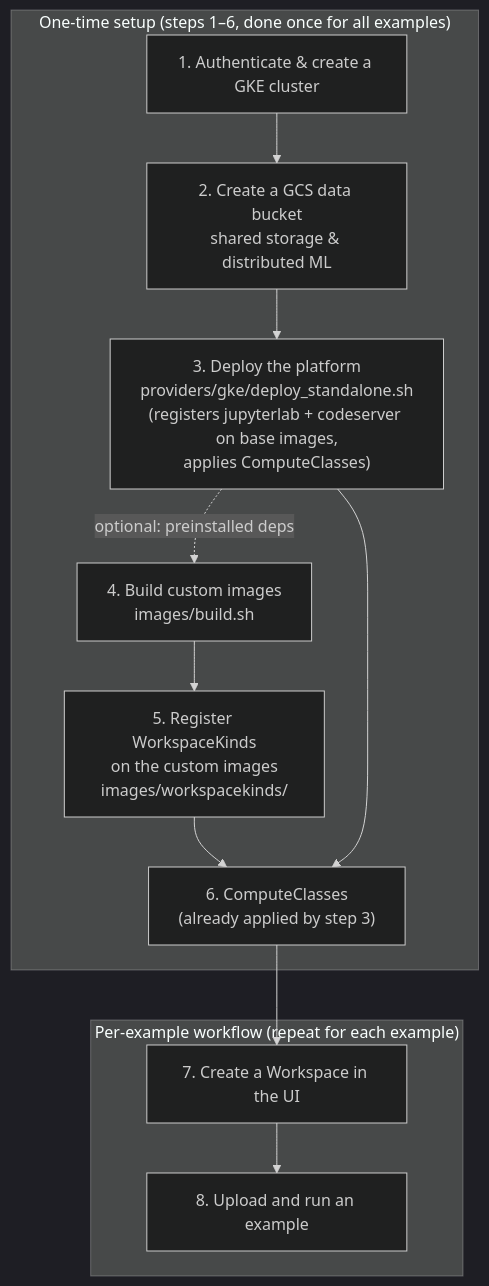
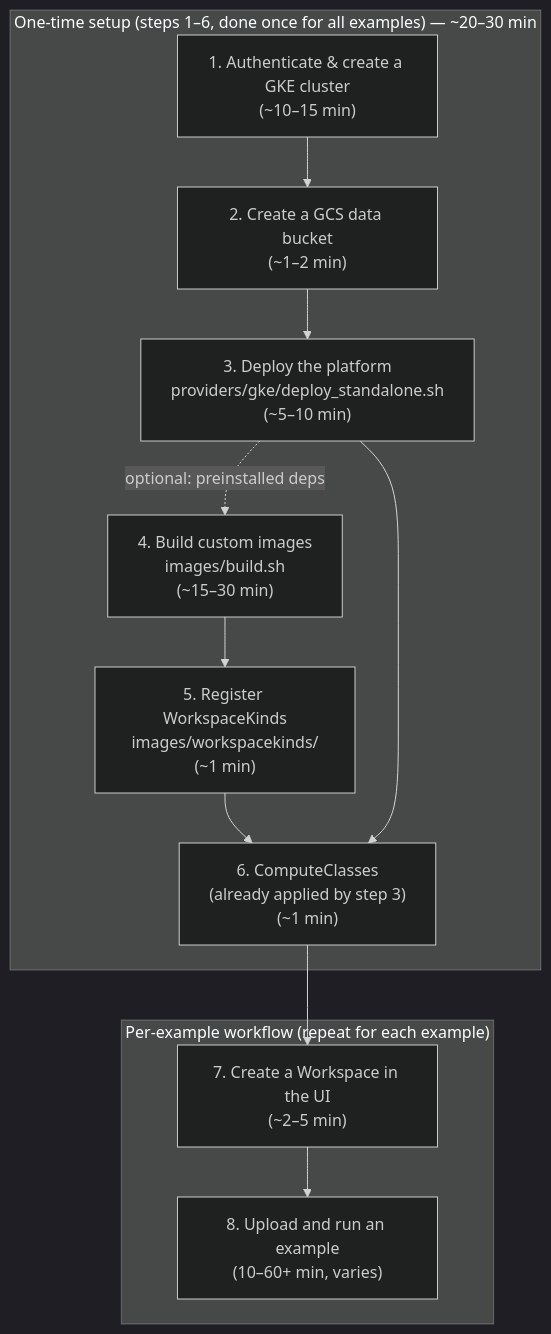
The diagram in examples/README.md (gke-labs/workspaces), drawn with Mermaid (dark theme) before and after one commit. The commit also changed other lines of this file and 6 other files, not shown here.

Commit message:
chore: add agent-sandbox demo and add time estimate for setup stage

````diff
--- a/examples/README.md
+++ b/examples/README.md
@@ -41,15 +41,15 @@
 ```mermaid
 flowchart TD
-    subgraph S1["One-time setup (steps 1–6, done once for all examples)"]
-        A["1. Authenticate & create a GKE cluster"] --> B["2. Create a GCS data bucket<br/>shared storage & distributed ML"]
-        B --> C["3. Deploy the platform<br/>providers/gke/deploy_standalone.sh<br/>(registers jupyterlab + codeserver on base images,<br/>applies ComputeClasses)"]
-        C -. "optional: preinstalled deps" .-> D["4. Build custom images<br/>images/build.sh"]
-        D --> E["5. Register WorkspaceKinds<br/>on the custom images<br/>images/workspacekinds/"]
-        E --> G["6. ComputeClasses<br/>(already applied by step 3)"]
+    subgraph S1["One-time setup (steps 1–6, done once for all examples) — ~20–30 min"]
+        A["1. Authenticate & create a GKE cluster<br/>(~10–15 min)"] --> B["2. Create a GCS data bucket<br/>(~1–2 min)"]
+        B --> C["3. Deploy the platform<br/>providers/gke/deploy_standalone.sh<br/>(~5–10 min)"]
+        C -. "optional: preinstalled deps" .-> D["4. Build custom images<br/>images/build.sh<br/>(~15–30 min)"]
+        D --> E["5. Register WorkspaceKinds<br/>images/workspacekinds/<br/>(~1 min)"]
+        E --> G["6. ComputeClasses<br/>(already applied by step 3)<br/>(~1 min)"]
         C --> G
     end
     subgraph S2["Per-example workflow (repeat for each example)"]
-        H["7. Create a Workspace in the UI"] --> I["8. Upload and run an example"]
+        H["7. Create a Workspace in the UI<br/>(~2–5 min)"] --> I["8. Upload and run an example<br/>(10–60+ min, varies)"]
     end
     G --> H
 ```
````
